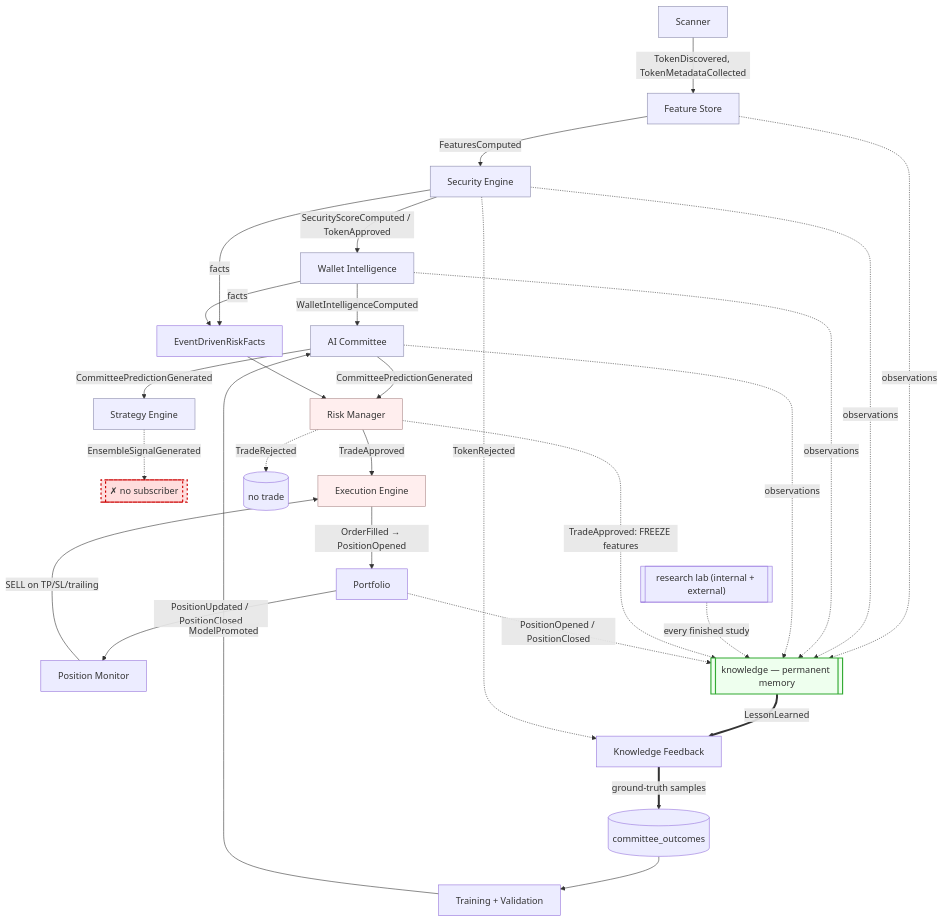
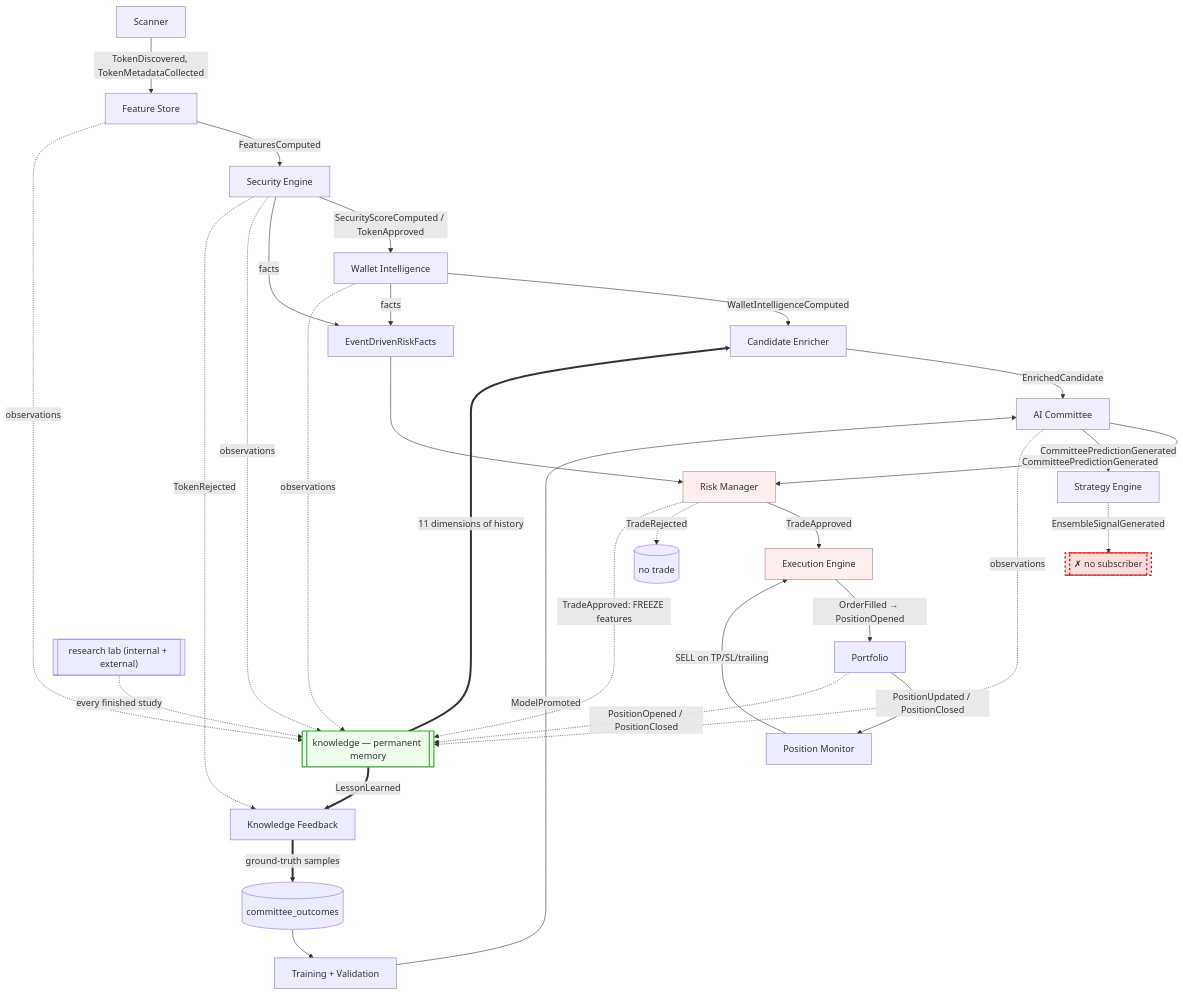
One commit to jlin80/Hades changed the first of 3 diagrams in docs/architecture.md. Above: the diagram before and after it, drawn with Mermaid. The commit also changed other lines of this file and 25 other files, not shown here.

````diff
--- a/docs/architecture.md
+++ b/docs/architecture.md
@@ -24,34 +29,36 @@
 ```mermaid
 flowchart TD
     SC[Scanner] -->|TokenDiscovered, TokenMetadataCollected| FE[Feature Store]
     FE -->|FeaturesComputed| SE[Security Engine]
     SE -->|SecurityScoreComputed / TokenApproved| WI[Wallet Intelligence]
-    WI -->|WalletIntelligenceComputed| AI[AI Committee]
+    WI -->|WalletIntelligenceComputed| CE[Candidate Enricher]
+    CE -->|EnrichedCandidate| AI[AI Committee]
     AI -->|CommitteePredictionGenerated| RK[Risk Manager]
     AI -->|CommitteePredictionGenerated| ST[Strategy Engine]
     ST -.->|EnsembleSignalGenerated| GAP1[["✗ no subscriber"]]:::broken
     RK -->|TradeApproved| EX[Execution Engine]
     RK -.->|TradeRejected| NO[(no trade)]
     EX -->|OrderFilled → PositionOpened| PF[Portfolio]
     PF -->|PositionUpdated / PositionClosed| PM[Position Monitor]
     PM -->|SELL on TP/SL/trailing| EX
 
     SE & WI -->|facts| FC[EventDrivenRiskFacts] --> RK
 
     KN[["knowledge — permanent memory"]]:::memory
     FE & SE & WI & AI -.->|observations| KN
     RES[["research lab (internal + external)"]] -.->|every finished study| KN
     RK -.->|TradeApproved: FREEZE features| KN
     PF -.->|PositionOpened / PositionClosed| KN
+    KN ==>|11 dimensions of history| CE
     KN ==>|LessonLearned| KF[Knowledge Feedback]
     KF ==>|ground-truth samples| OS[(committee_outcomes)]
     SE -.->|TokenRejected| KF
     OS --> TR[Training + Validation] -->|ModelPromoted| AI
 
     classDef quantify fill:#eef,stroke:#88a;
     classDef decide fill:#fee,stroke:#a88;
     classDef memory fill:#efe,stroke:#3a3,stroke-width:2px;
     classDef broken fill:#fdd,stroke:#c00,stroke-width:2px,stroke-dasharray: 4 4;
-    class SC,FE,SE,WI,AI,ST quantify;
+    class SC,FE,SE,WI,CE,AI,ST quantify;
     class RK,EX decide;
 ```
````
